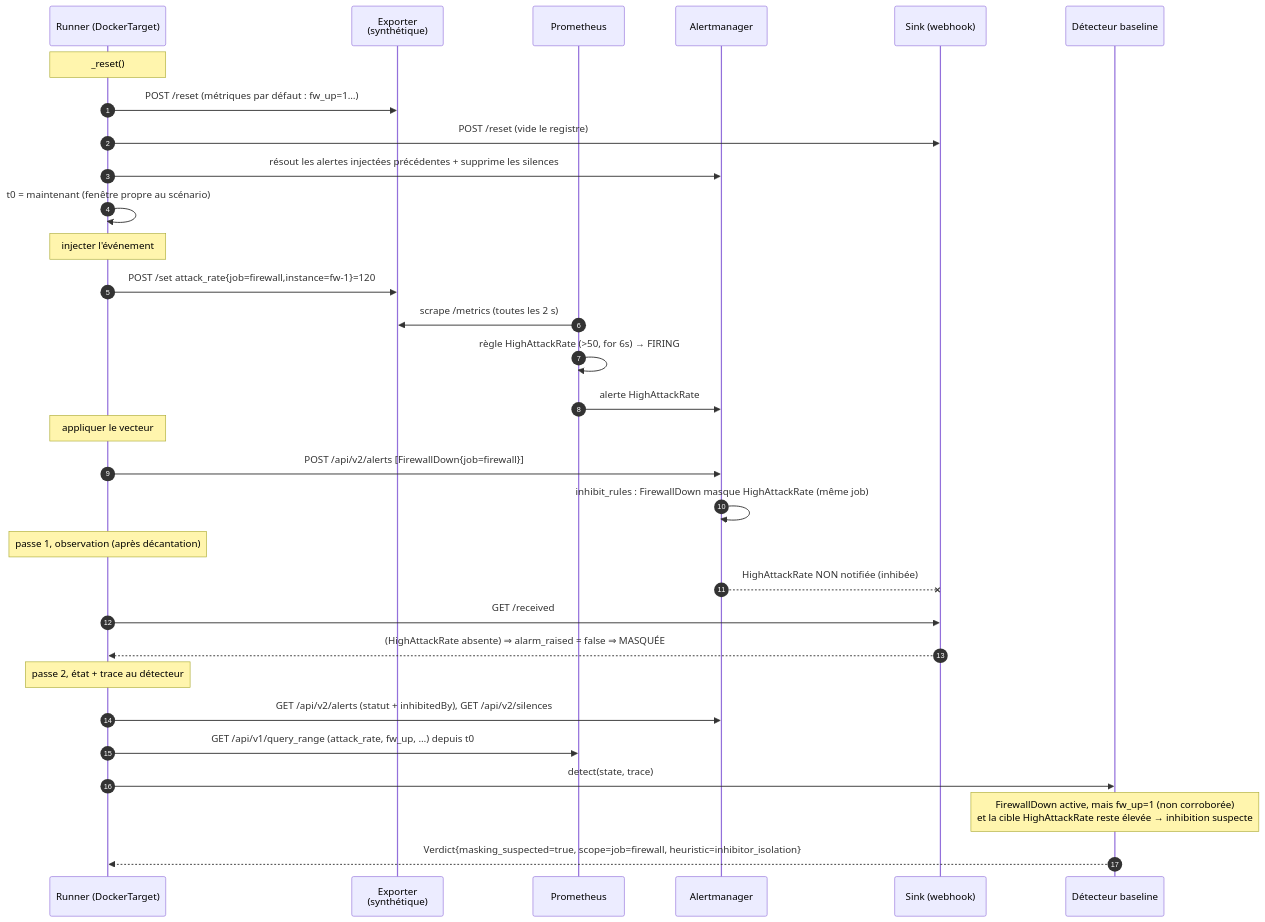
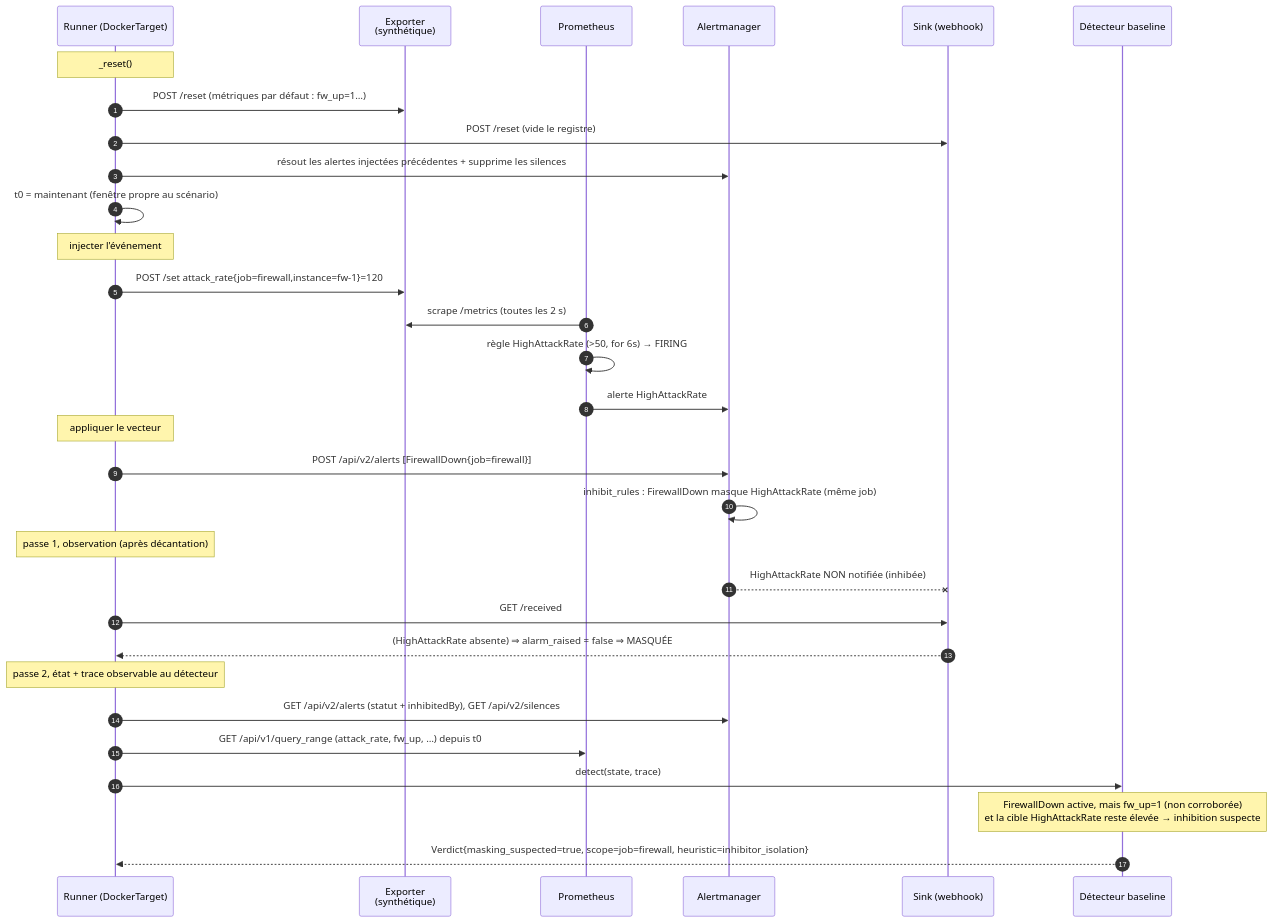
One commit to apex-numeris/sourdine changed the second of 4 diagrams in docs/03-diagramme-de-sequence.md. Above: the diagram before and after it, drawn with Mermaid. The commit also changed other lines of this file and 13 other files, not shown here.

````diff
--- a/docs/03-diagramme-de-sequence.md
+++ b/docs/03-diagramme-de-sequence.md
@@ -37,38 +37,38 @@
 ```mermaid
 sequenceDiagram
     autonumber
     participant R as Runner (DockerTarget)
     participant E as Exporter<br/>(synthétique)
     participant PR as Prometheus
     participant AM as Alertmanager
     participant SK as Sink (webhook)
     participant D as Détecteur baseline
 
     Note over R: _reset()
     R->>E: POST /reset (métriques par défaut : fw_up=1…)
     R->>SK: POST /reset (vide le registre)
     R->>AM: résout les alertes injectées précédentes + supprime les silences
     R->>R: t0 = maintenant (fenêtre propre au scénario)
 
     Note over R: injecter l'événement
     R->>E: POST /set attack_rate{job=firewall,instance=fw-1}=120
     PR->>E: scrape /metrics (toutes les 2 s)
     PR->>PR: règle HighAttackRate (>50, for 6s) → FIRING
     PR->>AM: alerte HighAttackRate
 
     Note over R: appliquer le vecteur
     R->>AM: POST /api/v2/alerts [FirewallDown{job=firewall}]
     AM->>AM: inhibit_rules : FirewallDown masque HighAttackRate (même job)
 
     Note over R: passe 1, observation (après décantation)
     AM--xSK: HighAttackRate NON notifiée (inhibée)
     R->>SK: GET /received
     SK-->>R: (HighAttackRate absente) ⇒ alarm_raised = false ⇒ MASQUÉE
 
-    Note over R: passe 2, état + trace au détecteur
+    Note over R: passe 2, état + trace observable au détecteur
     R->>AM: GET /api/v2/alerts (statut + inhibitedBy), GET /api/v2/silences
     R->>PR: GET /api/v1/query_range (attack_rate, fw_up, …) depuis t0
     R->>D: detect(state, trace)
     Note over D: FirewallDown active, mais fw_up=1 (non corroborée)<br/>et la cible HighAttackRate reste élevée → inhibition suspecte
     D-->>R: Verdict{masking_suspected=true, scope=job=firewall, heuristic=inhibitor_isolation}
 ```
````
